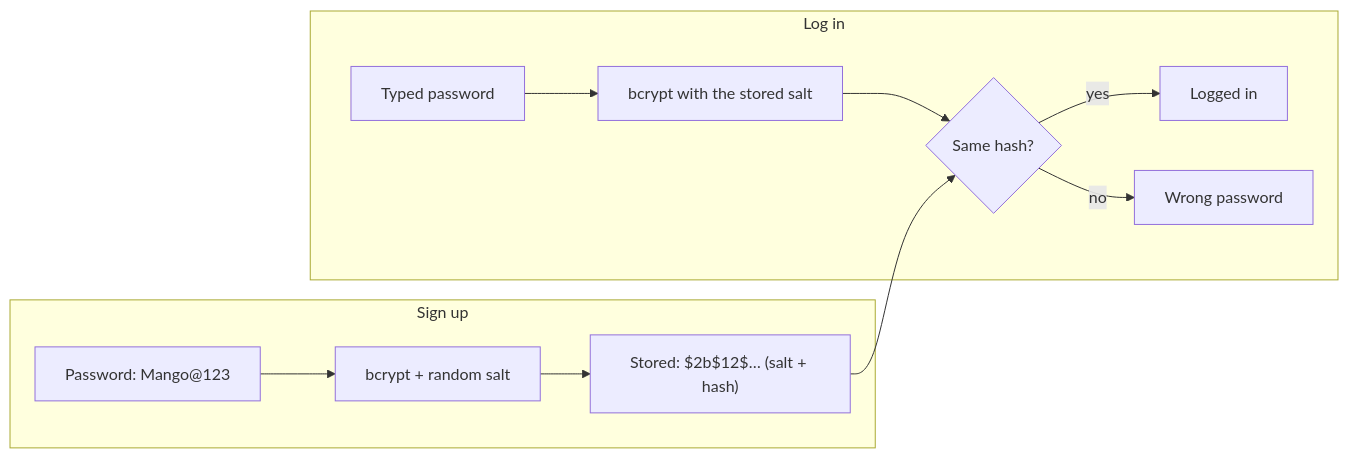
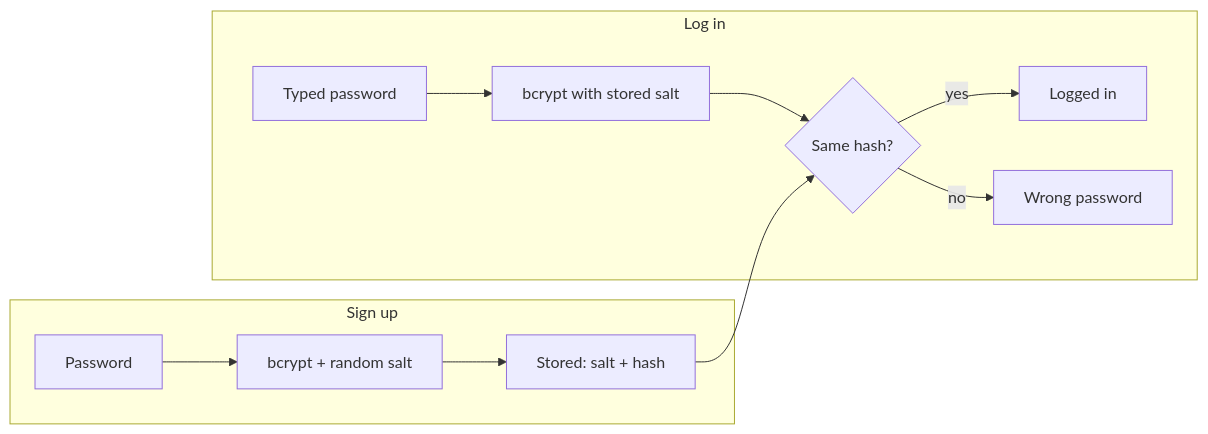
The first of 4 diagrams in interview/under-the-hood/18-How-Everyday-Tech-Works.md (sathsure/Tech-Mastery-Hub), drawn with Mermaid before and after one commit. The commit also changed other lines of this file and 69 other files, not shown here.

````diff
--- a/interview/under-the-hood/18-How-Everyday-Tech-Works.md
+++ b/interview/under-the-hood/18-How-Everyday-Tech-Works.md
@@ -82,12 +116,12 @@
 ```mermaid
 flowchart LR
   subgraph Signup["Sign up"]
-    P1["Password: Mango@123"] --> H1["bcrypt + random salt"] --> DB["Stored: $2b$12$… (salt + hash)"]
+    P1["Password"] --> H1["bcrypt + random salt"] --> DB["Stored: salt + hash"]
   end
   subgraph Login["Log in"]
-    P2["Typed password"] --> H2["bcrypt with the stored salt"] --> C{"Same hash?"}
+    P2["Typed password"] --> H2["bcrypt with stored salt"] --> C{"Same hash?"}
     DB --> C
     C -->|yes| OK["Logged in"]
     C -->|no| NO["Wrong password"]
   end
 ```
````
